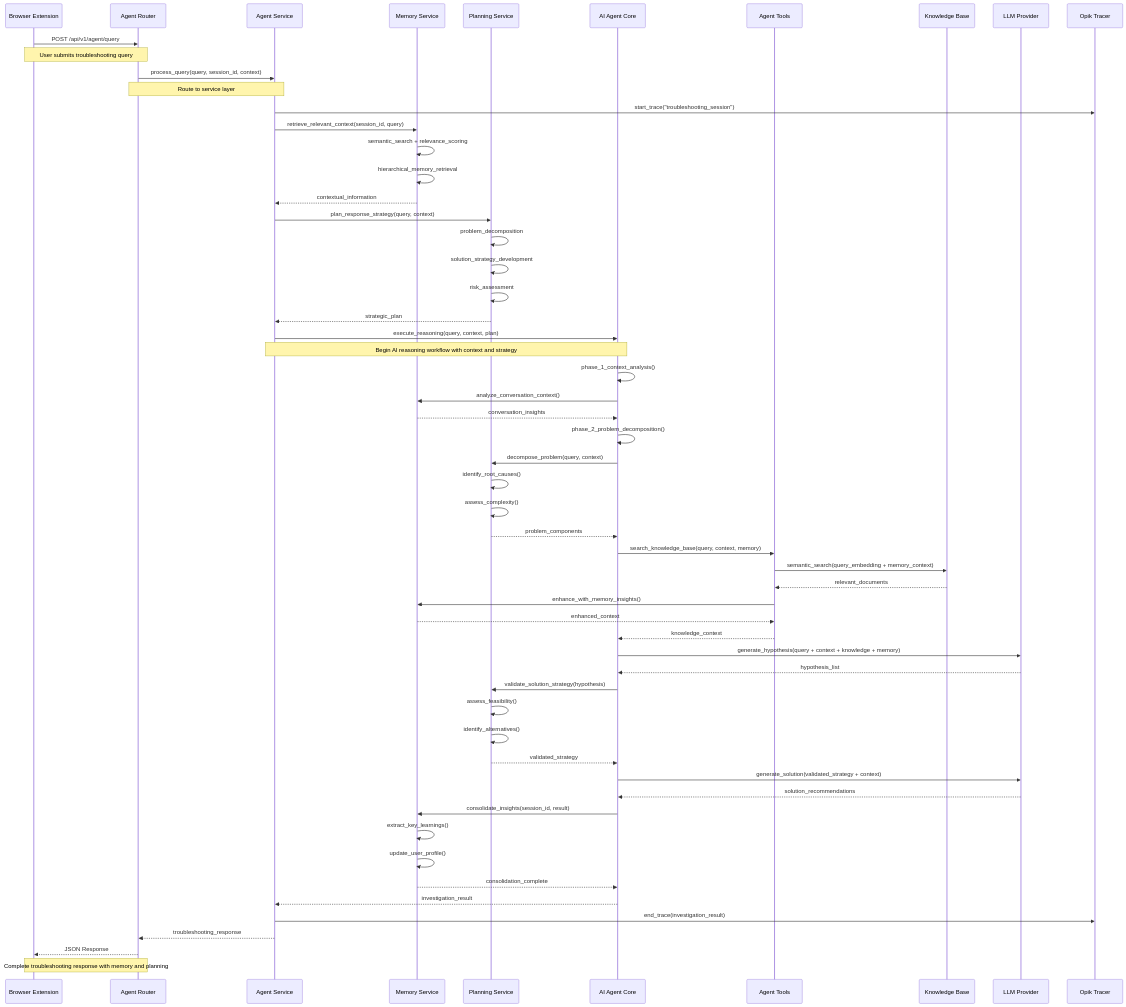
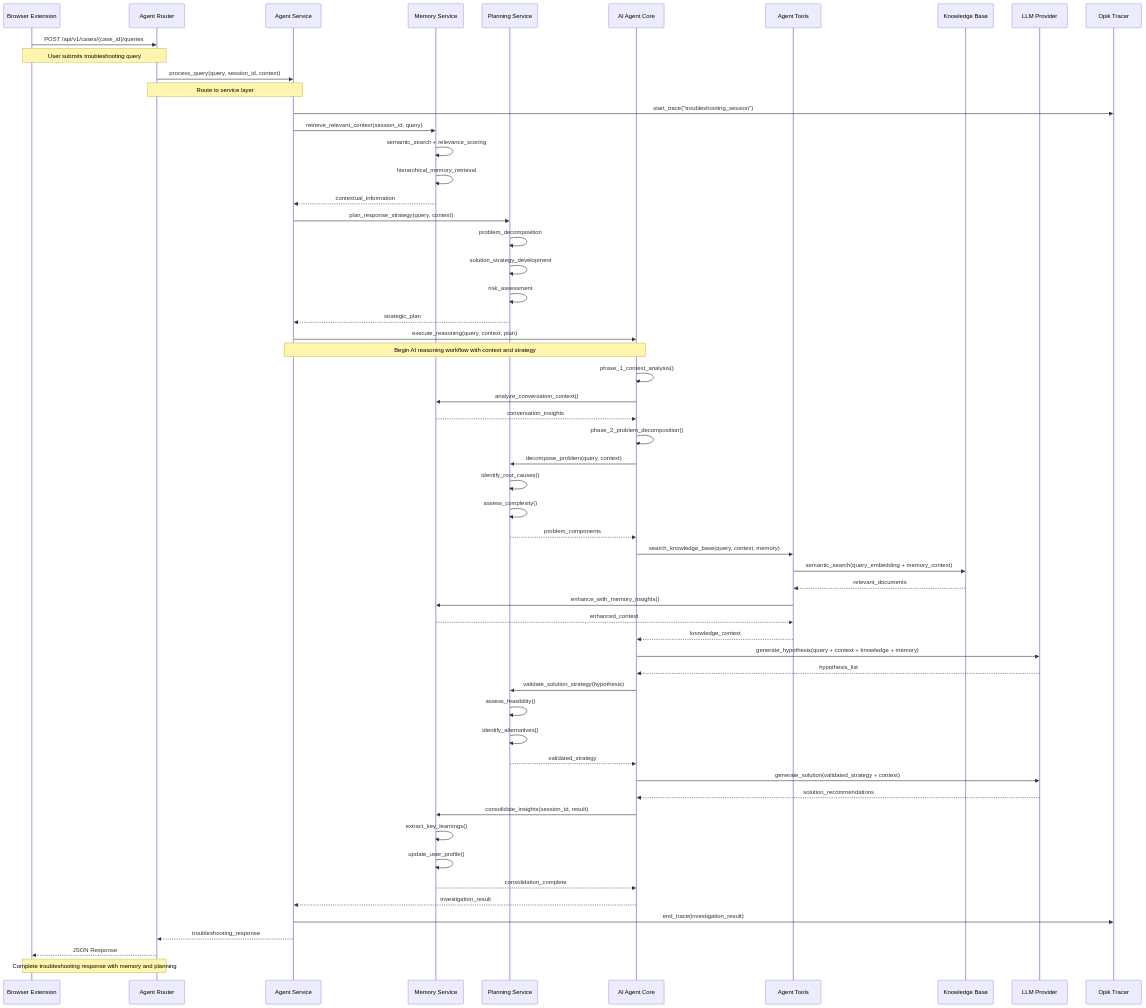
One commit to FaultMaven/FaultMaven-Mono changed the first of 10 diagrams in docs/architecture/COMPONENT_INTERACTIONS.md. Above: the diagram before and after it, drawn with Mermaid. The commit also changed 46 other files, not shown here.

```diff
--- a/docs/architecture/COMPONENT_INTERACTIONS.md
+++ b/docs/architecture/COMPONENT_INTERACTIONS.md
@@ -19,7 +19,7 @@
     participant LLM as LLM Provider
     participant Tracer as Opik Tracer
     
-    Browser->>Agent: POST /api/v1/agent/query
+    Browser->>Agent: POST /api/v1/cases/{case_id}/queries
     note over Browser,Agent: User submits troubleshooting query
     
     Agent->>Service: process_query(query, session_id, context)
```
